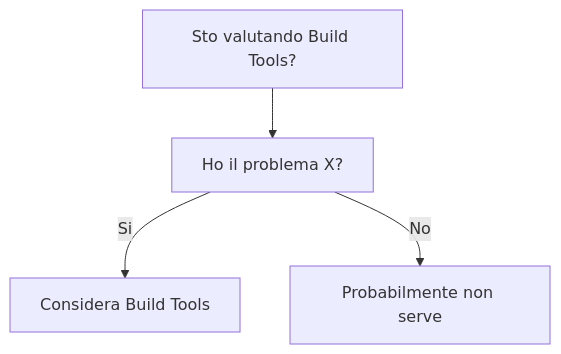
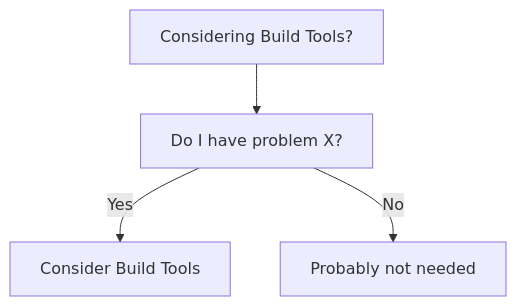
One commit to HxT9/Software-Dev-Wiki changed the diagram in dev-wiki/14_Languages/Java/Build_Tools/When_To_Use.md. Above: the diagram before and after it, drawn with Mermaid. The commit also changed other lines of this file and 3444 other files, not shown here.

````diff
--- a/dev-wiki/14_Languages/Java/Build_Tools/When_To_Use.md
+++ b/dev-wiki/14_Languages/Java/Build_Tools/When_To_Use.md
@@ -19,6 +19,6 @@
 ```mermaid
 flowchart TD
-  Q[Sto valutando Build Tools?] --> Q1[Ho il problema X?]
-  Q1 -->|Si| OK[Considera Build Tools]
-  Q1 -->|No| NO[Probabilmente non serve]
+  Q[Considering Build Tools?] --> Q1[Do I have problem X?]
+  Q1 -->|Yes| OK[Consider Build Tools]
+  Q1 -->|No| NO[Probably not needed]
 ```
````
